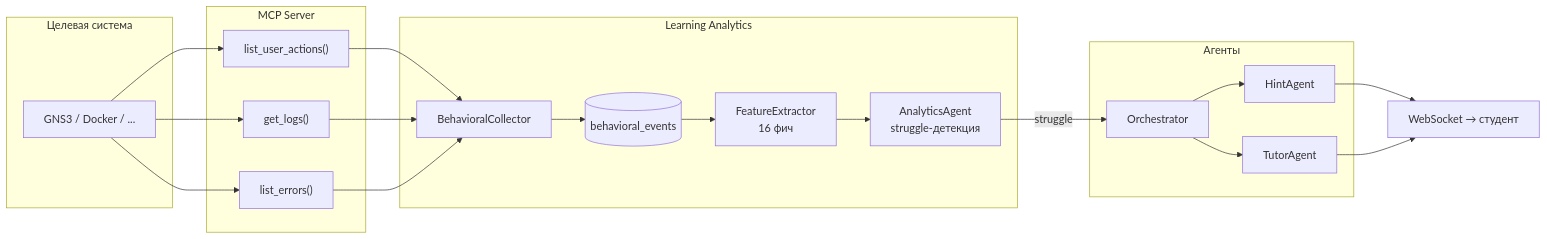
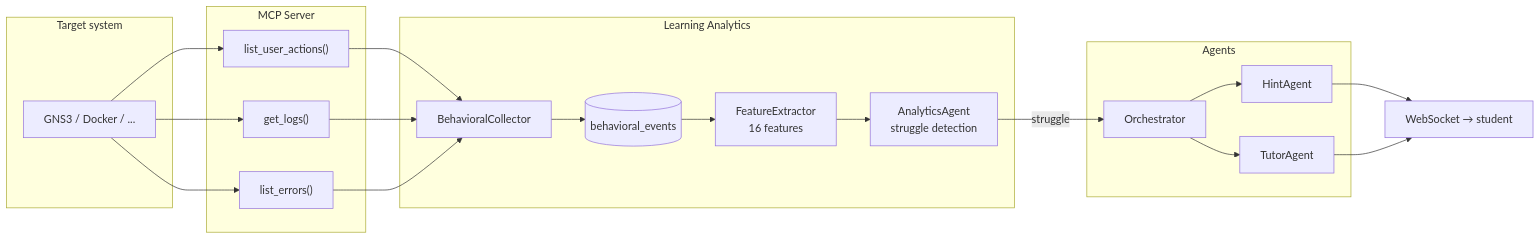
The second of 2 diagrams in README.md (nevsky118/onlinetlabs), drawn with Mermaid before and after one commit. The commit also changed other lines of this file and 5 other files, not shown here.

````diff
--- a/README.md
+++ b/README.md
@@ -60,36 +60,36 @@
 ```mermaid
 flowchart LR
-    subgraph Target["Целевая система"]
+    subgraph Target["Target system"]
         GNS3["GNS3 / Docker / ..."]
     end
 
     subgraph MCP["MCP Server"]
         Actions["list_user_actions()"]
         Logs["get_logs()"]
         Errors["list_errors()"]
     end
 
     subgraph LA["Learning Analytics"]
         Collector["BehavioralCollector"]
         DB[("behavioral_events")]
-        Features["FeatureExtractor<br/>16 фич"]
-        Analytics["AnalyticsAgent<br/>struggle-детекция"]
+        Features["FeatureExtractor<br/>16 features"]
+        Analytics["AnalyticsAgent<br/>struggle detection"]
     end
 
-    subgraph Agents["Агенты"]
+    subgraph Agents["Agents"]
         Orch["Orchestrator"]
         Hint["HintAgent"]
         Tutor["TutorAgent"]
     end
 
-    WS["WebSocket → студент"]
+    WS["WebSocket → student"]
 
     GNS3 --> Actions & Logs & Errors
     Actions & Logs & Errors --> Collector
     Collector --> DB
     DB --> Features
     Features --> Analytics
     Analytics -->|struggle| Orch
     Orch --> Hint & Tutor
     Hint & Tutor --> WS
 ```
````
